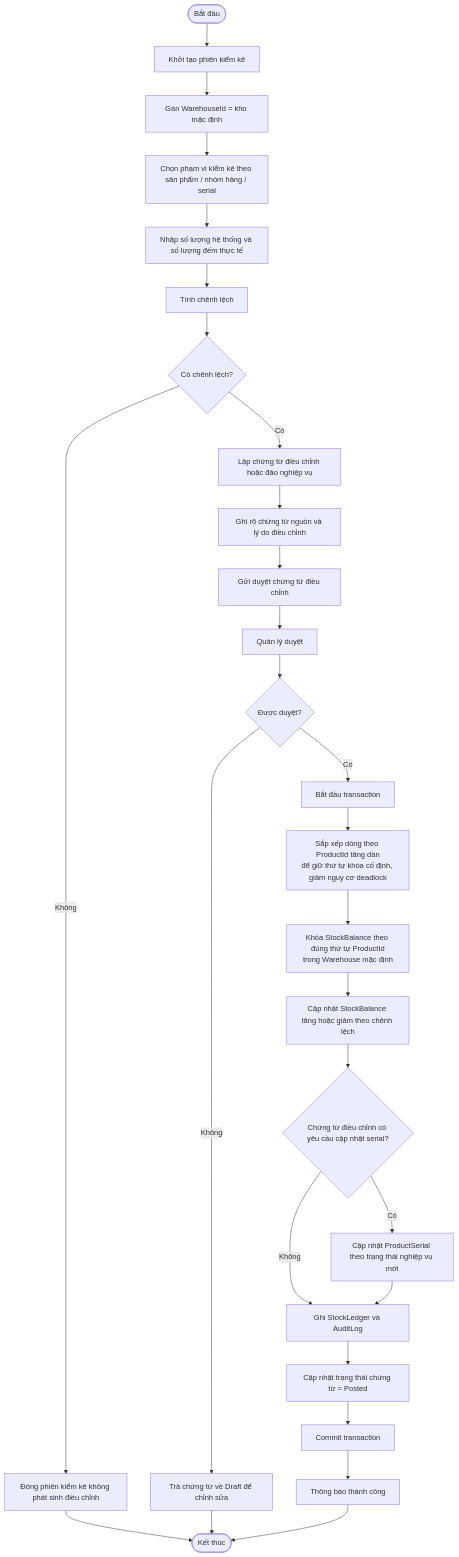
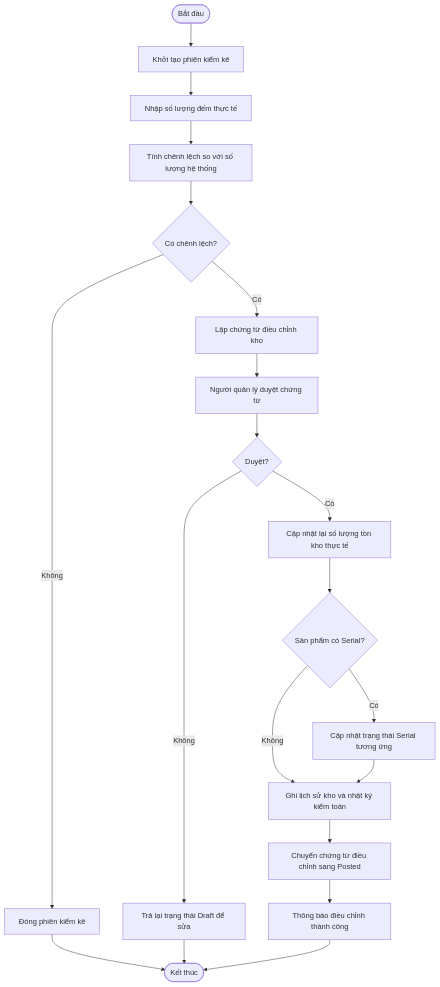
One commit to TheGiver262/WarePro changed diagram 11 of 18 in Diagram/warehouse_management_vi_senior_reviewed_mermaid.md. Above: the diagram before and after it, drawn with Mermaid. The commit also changed other lines of this file and 7 other files, not shown here.

Commit message:
feat: dong bo so do thiet ke mermaid va sua code cac phan he dang nhap, nhap dau ky, bao hanh

````diff
--- a/Diagram/warehouse_management_vi_senior_reviewed_mermaid.md
+++ b/Diagram/warehouse_management_vi_senior_reviewed_mermaid.md
@@ -568,28 +534,20 @@
 ```mermaid
 flowchart TD
     A([Bắt đầu]) --> B[Khởi tạo phiên kiểm kê]
-    B --> B1[Gán WarehouseId = kho mặc định]
-    B1 --> C[Chọn phạm vi kiểm kê theo sản phẩm / nhóm hàng / serial]
-    C --> D[Nhập số lượng hệ thống và số lượng đếm thực tế]
-    D --> E[Tính chênh lệch]
-    E --> F{Có chênh lệch?}
-    F -- Không --> G[Đóng phiên kiểm kê không phát sinh điều chỉnh] --> END([Kết thúc])
-    F -- Có --> H[Lập chứng từ điều chỉnh hoặc đảo nghiệp vụ]
-    H --> I[Ghi rõ chứng từ nguồn và lý do điều chỉnh]
-    I --> J[Gửi duyệt chứng từ điều chỉnh]
-    J --> K[Quản lý duyệt]
-    K --> L{Được duyệt?}
-    L -- Không --> M[Trả chứng từ về Draft để chỉnh sửa] --> END
-    L -- Có --> N[Bắt đầu transaction]
-    N --> N1[Sắp xếp dòng theo ProductId tăng dần<br/>để giữ thứ tự khóa cố định, giảm nguy cơ deadlock]
-    N1 --> O[Khóa StockBalance theo đúng thứ tự ProductId<br/>trong Warehouse mặc định]
-    O --> P[Cập nhật StockBalance tăng hoặc giảm theo chênh lệch]
-    P --> Q{Chứng từ điều chỉnh có yêu cầu cập nhật serial?}
-    Q -- Có --> R[Cập nhật ProductSerial theo trạng thái nghiệp vụ mới]
-    Q -- Không --> S[Ghi StockLedger và AuditLog]
-    R --> S
-    S --> T[Cập nhật trạng thái chứng từ = Posted]
-    T --> U[Commit transaction]
-    U --> V[Thông báo thành công]
-    V --> END
+    B --> C[Nhập số lượng đếm thực tế]
+    C --> D[Tính chênh lệch so với số lượng hệ thống]
+    D --> E{Có chênh lệch?}
+    E -- Không --> F[Đóng phiên kiểm kê] --> END([Kết thúc])
+    E -- Có --> G[Lập chứng từ điều chỉnh kho]
+    G --> H[Người quản lý duyệt chứng từ]
+    H --> I{Duyệt?}
+    I -- Không --> J[Trả lại trạng thái Draft để sửa] --> END
+    I -- Có --> K[Cập nhật lại số lượng tồn kho thực tế]
+    K --> L{Sản phẩm có Serial?}
+    L -- Có --> M[Cập nhật trạng thái Serial tương ứng]
+    L -- Không --> N[Ghi lịch sử kho và nhật ký kiểm toán]
+    M --> N
+    N --> O[Chuyển chứng từ điều chỉnh sang Posted]
+    O --> P[Thông báo điều chỉnh thành công]
+    P --> END
 ```
````
